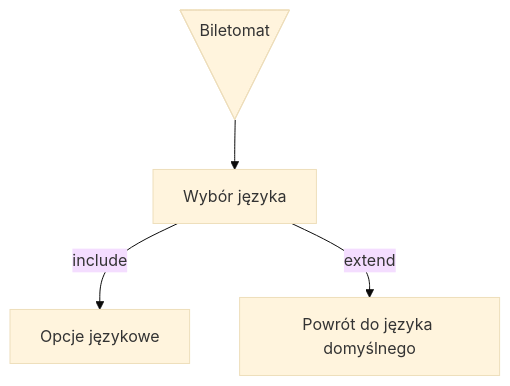
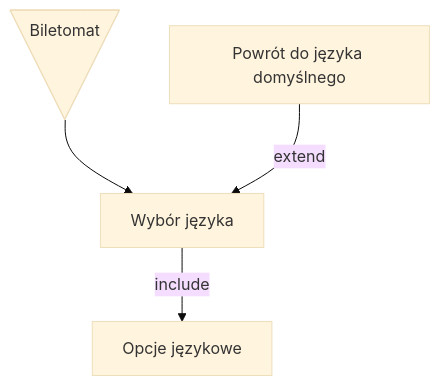
Before and after one commit to MarcinMarszewski/dowolna_nazwa: the diagram in userstories/biletomat.md, drawn with Mermaid (base theme).

````diff
--- a/userstories/biletomat.md
+++ b/userstories/biletomat.md
@@ -11,8 +11,8 @@
 ```mermaid
 flowchart TD;
   A@{ shape: manual-file, label: "Biletomat" } --> UC1
   UC1[Wybór języka] --include--> UC2;
-  UC1 --extend--> UC3;
+  UC3 --extend--> UC1;
   UC2[Opcje językowe];
   UC3[Powrót do języka domyślnego];
 ```
````
